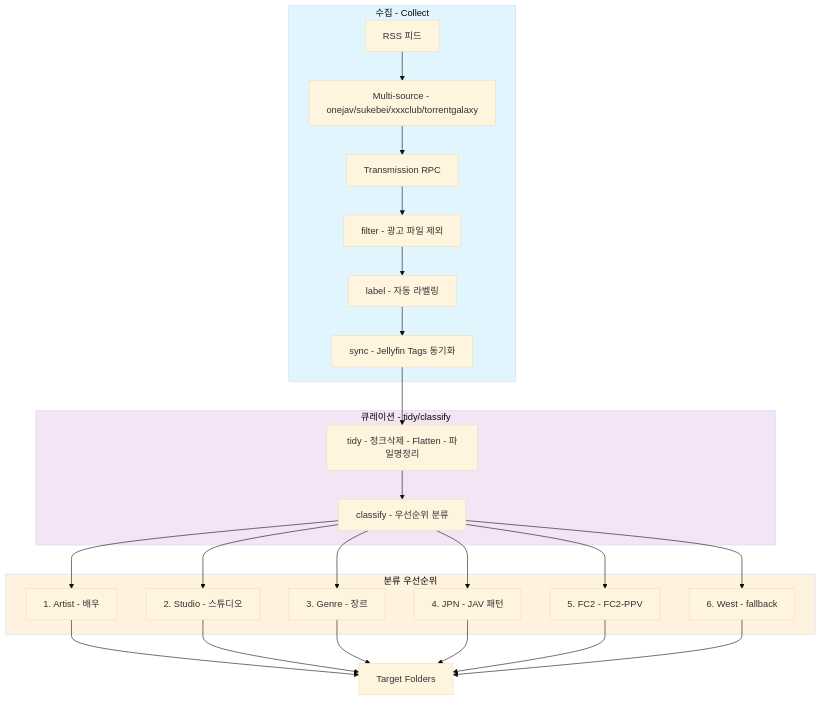
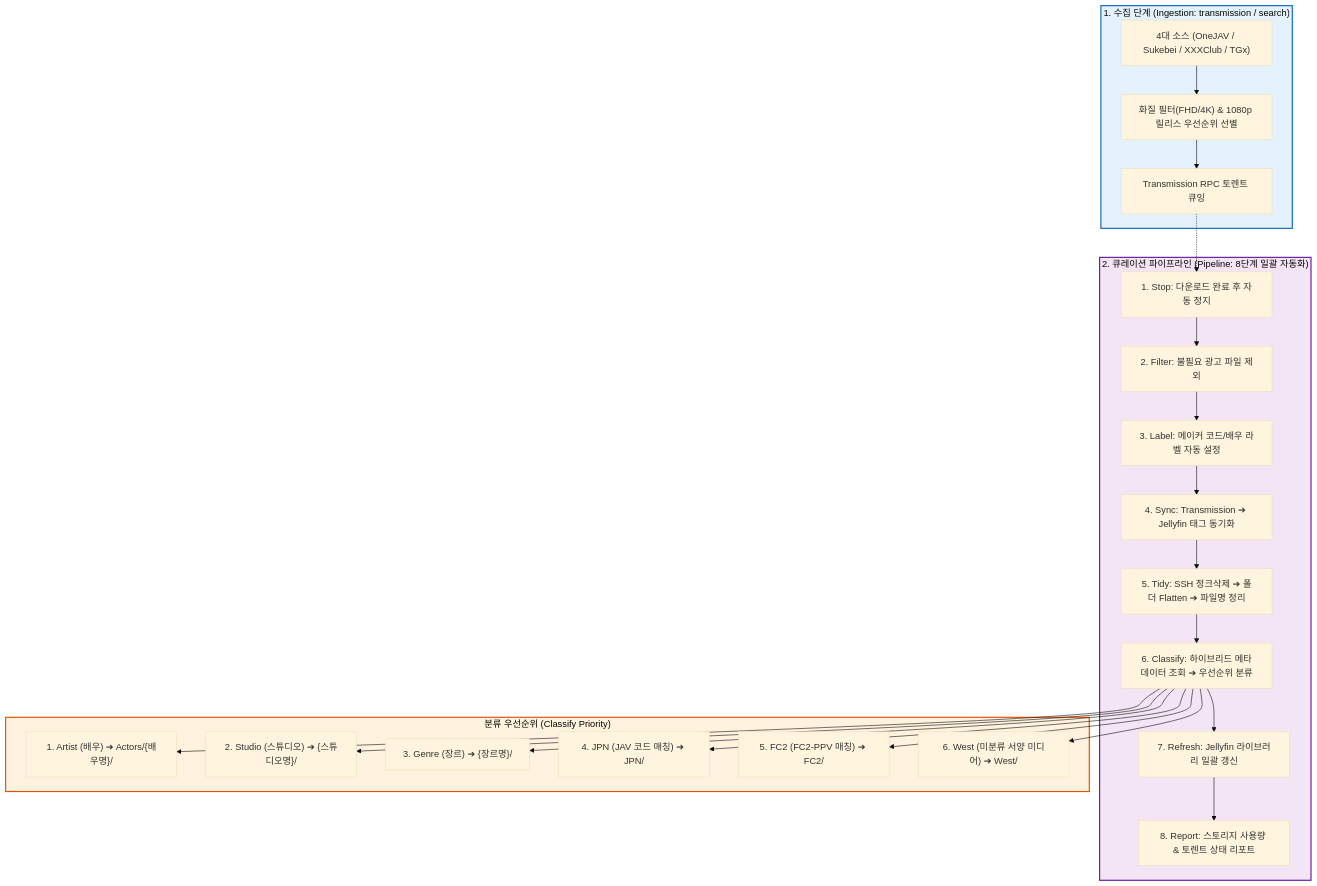
Before and after one commit to deuxksy/Meridian-X: the diagram in README.md, drawn with Mermaid (base theme). The commit also changed other lines of this file, not shown here.

Commit message:
docs: align README.md workflow diagram and feature sections with actual 2-phase pipeline

````diff
--- a/README.md
+++ b/README.md
@@ -34,35 +34,31 @@
 ```mermaid
 graph TB
-    subgraph Collect[수집 - Collect]
-        RSS[RSS 피드] --> SRC[Multi-source - onejav/sukebei/xxxclub/torrentgalaxy]
-        SRC --> TX[Transmission RPC]
-        TX --> FIL[filter - 광고 파일 제외]
-        FIL --> LAB[label - 자동 라벨링]
-        LAB --> SYN[sync - Jellyfin Tags 동기화]
+    subgraph Ingest["1. 수집 단계 (Ingestion: transmission / search)"]
+        SRC["4대 소스 (OneJAV / Sukebei / XXXClub / TGx)"] --> DEDUP["화질 필터(FHD/4K) & 1080p 릴리스 우선순위 선별"]
+        DEDUP --> TX_ADD["Transmission RPC 토렌트 큐잉"]
     end
 
-    subgraph Curate[큐레이션 - tidy/classify]
-        TIDY[tidy - 정크삭제 - Flatten - 파일명정리] --> CLS[classify - 우선순위 분류]
+    subgraph Pipeline["2. 큐레이션 파이프라인 (Pipeline: 8단계 일괄 자동화)"]
+        TX_ADD -.-> S1
+        S1["1. Stop: 다운로드 완료 후 자동 정지"] --> S2["2. Filter: 불필요 광고 파일 제외"]
+        S2 --> S3["3. Label: 메이커 코드/배우 라벨 자동 설정"]
+        S3 --> S4["4. Sync: Transmission ➔ Jellyfin 태그 동기화"]
+        S4 --> S5["5. Tidy: SSH 정크삭제 ➔ 폴더 Flatten ➔ 파일명 정리"]
+        S5 --> S6["6. Classify: 하이브리드 메타데이터 조회 ➔ 우선순위 분류"]
+        S6 --> S7["7. Refresh: Jellyfin 라이브러리 일괄 갱신"]
+        S7 --> S8["8. Report: 스토리지 사용량 & 토렌트 상태 리포트"]
     end
 
-    subgraph Priority[분류 우선순위]
-        CLS --> A1[1. Artist - 배우]
-        CLS --> A2[2. Studio - 스튜디오]
-        CLS --> A3[3. Genre - 장르]
-        CLS --> A4[4. JPN - JAV 패턴]
-        CLS --> A5[5. FC2 - FC2-PPV]
-        CLS --> A6[6. West - fallback]
+    subgraph ClassifyPriority["분류 우선순위 (Classify Priority)"]
+        S6 --> P1["1. Artist (배우) ➔ Actors/{배우명}/"]
+        S6 --> P2["2. Studio (스튜디오) ➔ {스튜디오명}/"]
+        S6 --> P3["3. Genre (장르) ➔ {장르명}/"]
+        S6 --> P4["4. JPN (JAV 코드 매칭) ➔ JPN/"]
+        S6 --> P5["5. FC2 (FC2-PPV 매칭) ➔ FC2/"]
+        S6 --> P6["6. West (미분류 서양 미디어) ➔ West/"]
     end
 
-    SYN --> TIDY
-    A1 --> TARGET[Target Folders]
-    A2 --> TARGET
-    A3 --> TARGET
-    A4 --> TARGET
-    A5 --> TARGET
-    A6 --> TARGET
-
-    style Collect fill:#e1f5fe
-    style Curate fill:#f3e5f5
-    style Priority fill:#fff3e0
+    style Ingest fill:#e3f2fd,stroke:#1565c0,stroke-width:2px
+    style Pipeline fill:#f3e5f5,stroke:#6a1b9a,stroke-width:2px
+    style ClassifyPriority fill:#fff3e0,stroke:#e65100,stroke-width:2px
 ```
````
